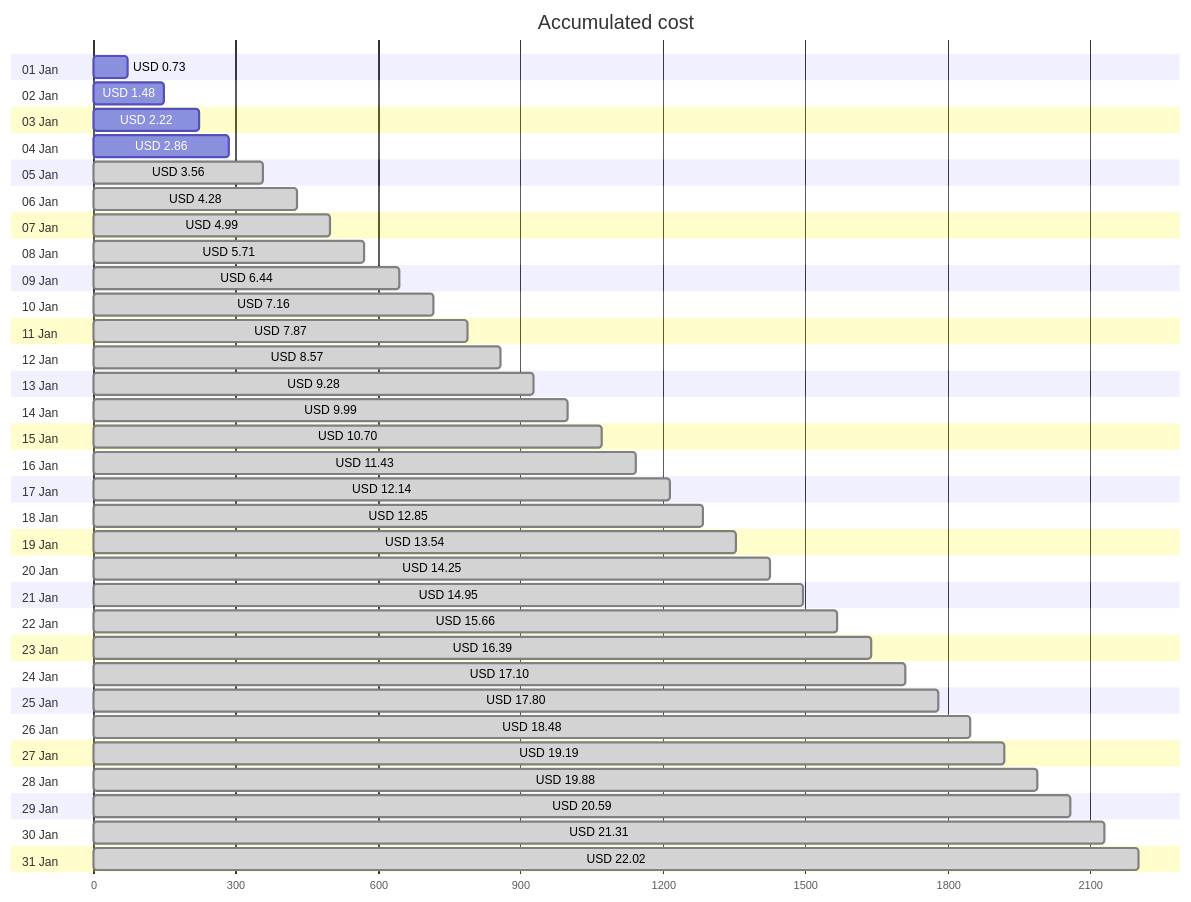
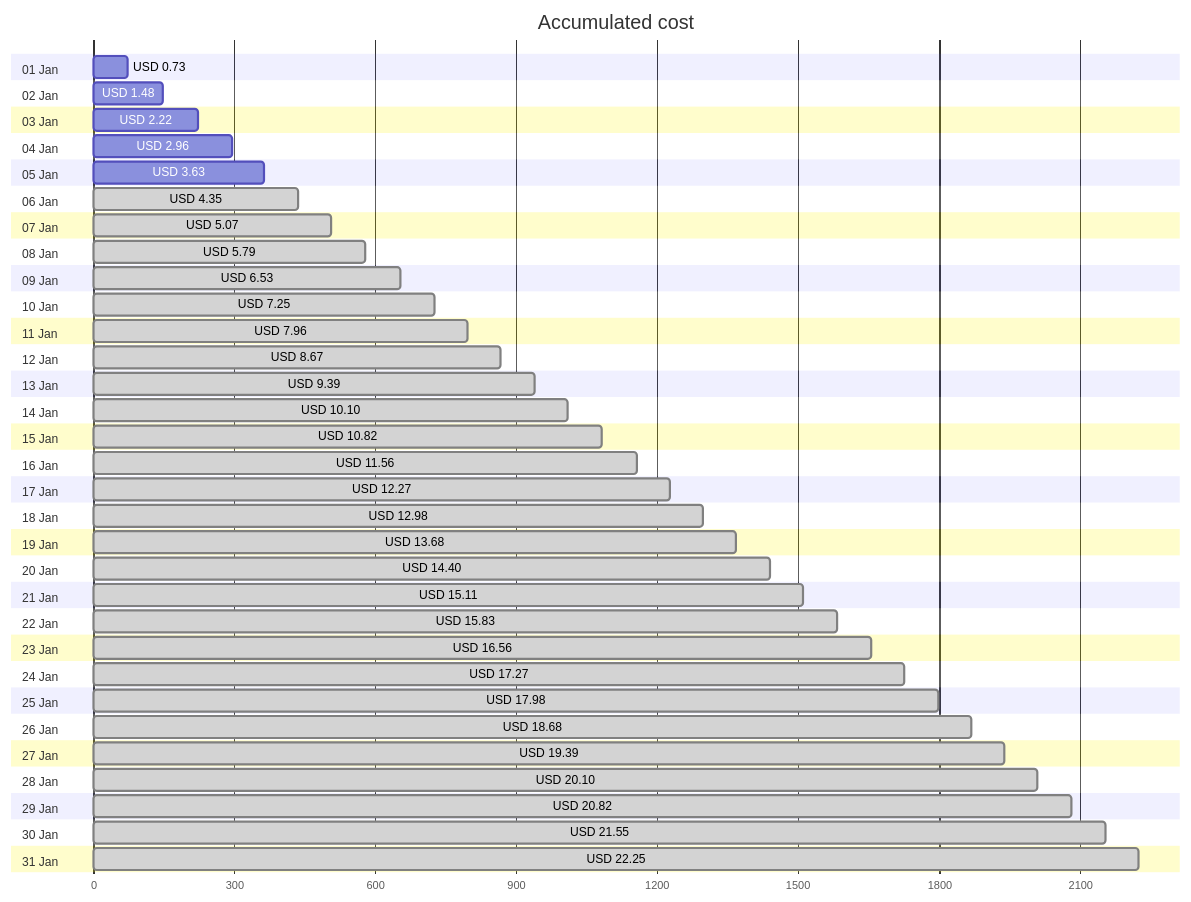
Before and after one commit to jpfulton/azure-personal-reports: the first of 4 diagrams in cost-reports/personal-network/backup-server-data-disk.md, drawn with Mermaid. The commit also changed other lines of this file and 8 other files, not shown here.

````diff
--- a/cost-reports/personal-network/backup-server-data-disk.md
+++ b/cost-reports/personal-network/backup-server-data-disk.md
@@ -20,68 +20,68 @@
 ```mermaid
 gantt
    title Accumulated cost
    dateFormat  X
    axisFormat %s
    section 01 Jan
    USD 0.73 :0, 73
    section 02 Jan
    USD 1.48 :0, 148
    section 03 Jan
    USD 2.22 :0, 222
    section 04 Jan
-   USD 2.86 :0, 286
+   USD 2.96 :0, 296
    section 05 Jan
-   USD 3.56 : done, 0, 356
+   USD 3.63 :0, 363
    section 06 Jan
-   USD 4.28 : done, 0, 428
+   USD 4.35 : done, 0, 435
    section 07 Jan
-   USD 4.99 : done, 0, 499
+   USD 5.07 : done, 0, 507
    section 08 Jan
-   USD 5.71 : done, 0, 571
+   USD 5.79 : done, 0, 579
    section 09 Jan
-   USD 6.44 : done, 0, 644
+   USD 6.53 : done, 0, 653
    section 10 Jan
-   USD 7.16 : done, 0, 716
+   USD 7.25 : done, 0, 725
    section 11 Jan
-   USD 7.87 : done, 0, 787
+   USD 7.96 : done, 0, 796
    section 12 Jan
-   USD 8.57 : done, 0, 857
+   USD 8.67 : done, 0, 867
    section 13 Jan
-   USD 9.28 : done, 0, 928
+   USD 9.39 : done, 0, 939
    section 14 Jan
-   USD 9.99 : done, 0, 999
+   USD 10.10 : done, 0, 1010
    section 15 Jan
-   USD 10.70 : done, 0, 1070
+   USD 10.82 : done, 0, 1082
    section 16 Jan
-   USD 11.43 : done, 0, 1143
+   USD 11.56 : done, 0, 1156
    section 17 Jan
-   USD 12.14 : done, 0, 1214
+   USD 12.27 : done, 0, 1227
    section 18 Jan
-   USD 12.85 : done, 0, 1285
+   USD 12.98 : done, 0, 1298
    section 19 Jan
-   USD 13.54 : done, 0, 1354
+   USD 13.68 : done, 0, 1368
    section 20 Jan
-   USD 14.25 : done, 0, 1425
+   USD 14.40 : done, 0, 1440
    section 21 Jan
-   USD 14.95 : done, 0, 1495
+   USD 15.11 : done, 0, 1511
    section 22 Jan
-   USD 15.66 : done, 0, 1566
+   USD 15.83 : done, 0, 1583
    section 23 Jan
-   USD 16.39 : done, 0, 1639
+   USD 16.56 : done, 0, 1656
    section 24 Jan
-   USD 17.10 : done, 0, 1710
+   USD 17.27 : done, 0, 1727
    section 25 Jan
-   USD 17.80 : done, 0, 1780
+   USD 17.98 : done, 0, 1798
    section 26 Jan
-   USD 18.48 : done, 0, 1848
+   USD 18.68 : done, 0, 1868
    section 27 Jan
-   USD 19.19 : done, 0, 1919
+   USD 19.39 : done, 0, 1939
    section 28 Jan
-   USD 19.88 : done, 0, 1988
+   USD 20.10 : done, 0, 2010
    section 29 Jan
-   USD 20.59 : done, 0, 2059
+   USD 20.82 : done, 0, 2082
    section 30 Jan
-   USD 21.31 : done, 0, 2131
+   USD 21.55 : done, 0, 2155
    section 31 Jan
-   USD 22.02 : done, 0, 2202
+   USD 22.25 : done, 0, 2225
 ```
````
